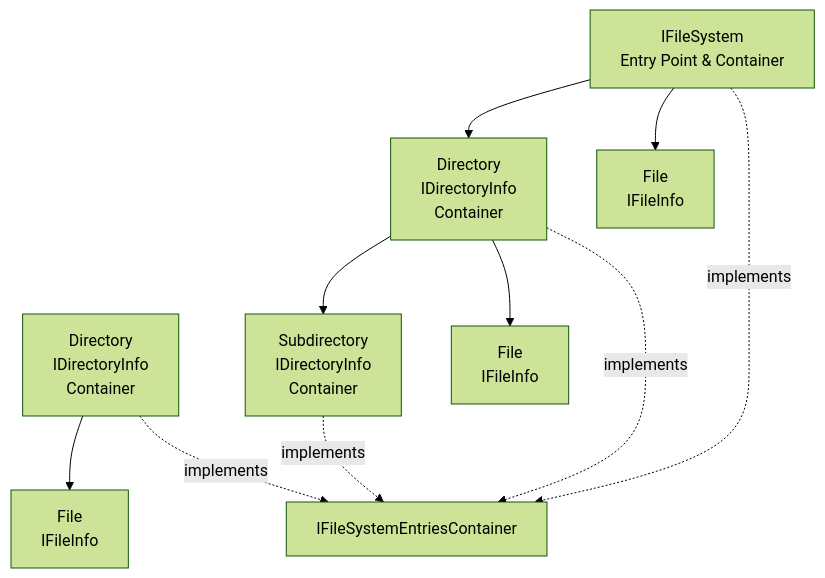
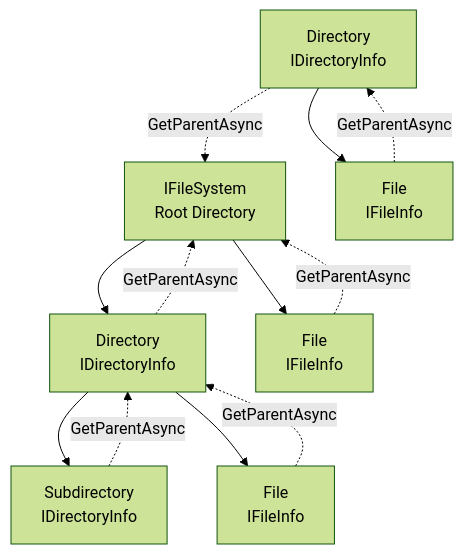
The second of 3 diagrams in docs/architecture/storage/file-system.md (o2alexanderfedin/Nolock.social.frontends), drawn with Mermaid (forest theme) before and after one commit. The commit also changed other lines of this file, not shown here.

First line of the commit message:
refactor(docs): simplify file system architecture documentation

````diff
--- a/docs/architecture/storage/file-system.md
+++ b/docs/architecture/storage/file-system.md
@@ -73,21 +64,23 @@
 ```mermaid
 graph TB
-    FS[IFileSystem<br/>Entry Point & Container]
-    Dir1[Directory<br/>IDirectoryInfo<br/>Container]
-    Dir2[Directory<br/>IDirectoryInfo<br/>Container]
-    SubDir[Subdirectory<br/>IDirectoryInfo<br/>Container]
+    FS[IFileSystem<br/>Root Directory]
+    Dir1[Directory<br/>IDirectoryInfo]
+    Dir2[Directory<br/>IDirectoryInfo]
+    SubDir[Subdirectory<br/>IDirectoryInfo]
     File1[File<br/>IFileInfo]
     File2[File<br/>IFileInfo]
     File3[File<br/>IFileInfo]
 
     FS --> Dir1
     FS --> File1
     Dir1 --> SubDir
     Dir1 --> File2
     Dir2 --> File3
 
-    FS -.->|implements| Container[IFileSystemEntriesContainer]
-    Dir1 -.->|implements| Container
-    Dir2 -.->|implements| Container
-    SubDir -.->|implements| Container
+    Dir1 -.->|GetParentAsync| FS
+    Dir2 -.->|GetParentAsync| FS
+    File1 -.->|GetParentAsync| FS
+    SubDir -.->|GetParentAsync| Dir1
+    File2 -.->|GetParentAsync| Dir1
+    File3 -.->|GetParentAsync| Dir2
 ```
````
